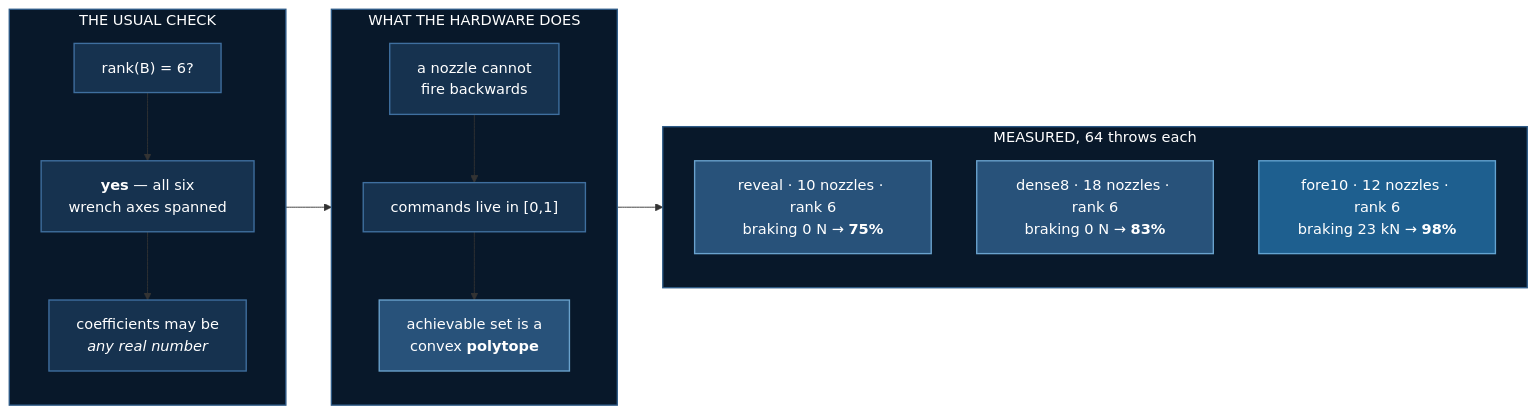
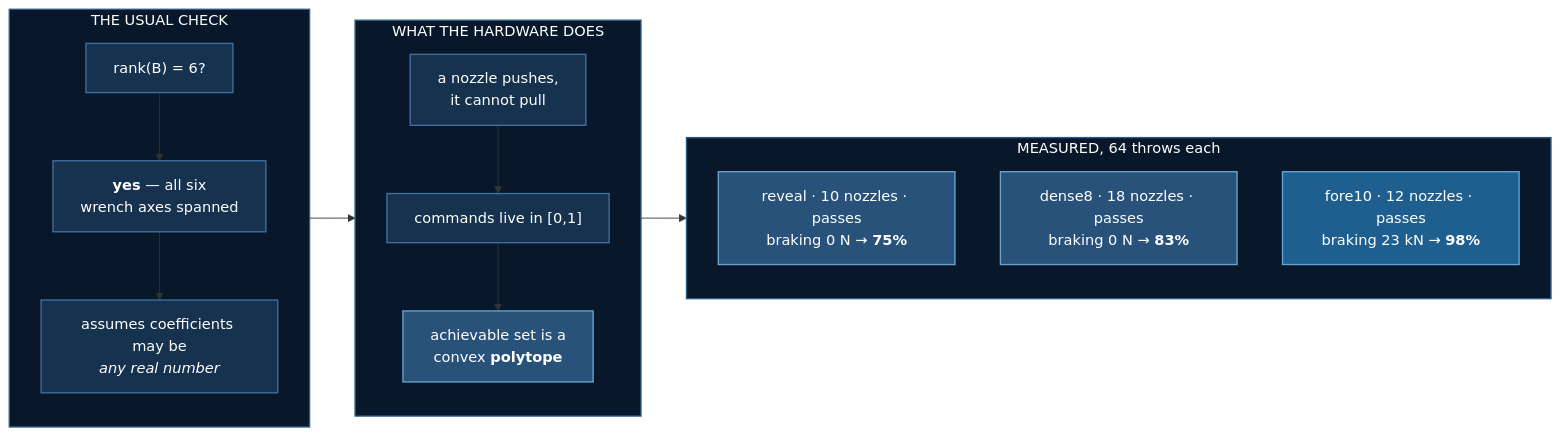
One commit to yiqiao-yin/deepspeed-course changed the diagram in docusaurus-docs/docs/tutorials/aerial/aerial-stabilization.md. Above: the diagram before and after it, drawn with Mermaid. The commit also changed other lines of this file and 11 other files, not shown here.

````diff
--- a/docusaurus-docs/docs/tutorials/aerial/aerial-stabilization.md
+++ b/docusaurus-docs/docs/tutorials/aerial/aerial-stabilization.md
@@ -278,35 +406,35 @@
 ```mermaid
 flowchart LR
   subgraph ASK["THE USUAL CHECK"]
     direction TB
     a1["rank(B) = 6?"]
     a2["<b>yes</b> — all six<br/>wrench axes spanned"]
-    a3["coefficients may be<br/><i>any real number</i>"]
+    a3["assumes coefficients may be<br/><i>any real number</i>"]
     a1 --> a2 --> a3
   end
   subgraph REAL["WHAT THE HARDWARE DOES"]
     direction TB
-    b1["a nozzle cannot<br/>fire backwards"]
+    b1["a nozzle pushes,<br/>it cannot pull"]
     b2["commands live in [0,1]"]
     b3["achievable set is a<br/>convex <b>polytope</b>"]
     b1 --> b2 --> b3
   end
   subgraph OUT["MEASURED, 64 throws each"]
     direction TB
-    c1["reveal · 10 nozzles · rank 6<br/>braking 0 N → <b>75%</b>"]
-    c2["dense8 · 18 nozzles · rank 6<br/>braking 0 N → <b>83%</b>"]
-    c3["fore10 · 12 nozzles · rank 6<br/>braking 23 kN → <b>98%</b>"]
+    c1["reveal · 10 nozzles · passes<br/>braking 0 N → <b>75%</b>"]
+    c2["dense8 · 18 nozzles · passes<br/>braking 0 N → <b>83%</b>"]
+    c3["fore10 · 12 nozzles · passes<br/>braking 23 kN → <b>98%</b>"]
   end
   ASK --> REAL --> OUT
 
   classDef deep   fill:#08182a,stroke:#2d5a86,stroke-width:1.5px,color:#ffffff
   classDef dark   fill:#0a1f33,stroke:#2d5a86,stroke-width:1.5px,color:#ffffff
   classDef base   fill:#16324f,stroke:#3f6f9f,stroke-width:1.5px,color:#ffffff
   classDef bright fill:#1e5f8f,stroke:#63a3d0,stroke-width:1.5px,color:#ffffff
   classDef steel  fill:#28527a,stroke:#6aa2cd,stroke-width:1.5px,color:#ffffff
 
   class ASK,REAL,OUT deep
   class a1,a2,a3,b1,b2 base
   class b3,c1,c2 steel
   class c3 bright
 ```
````
